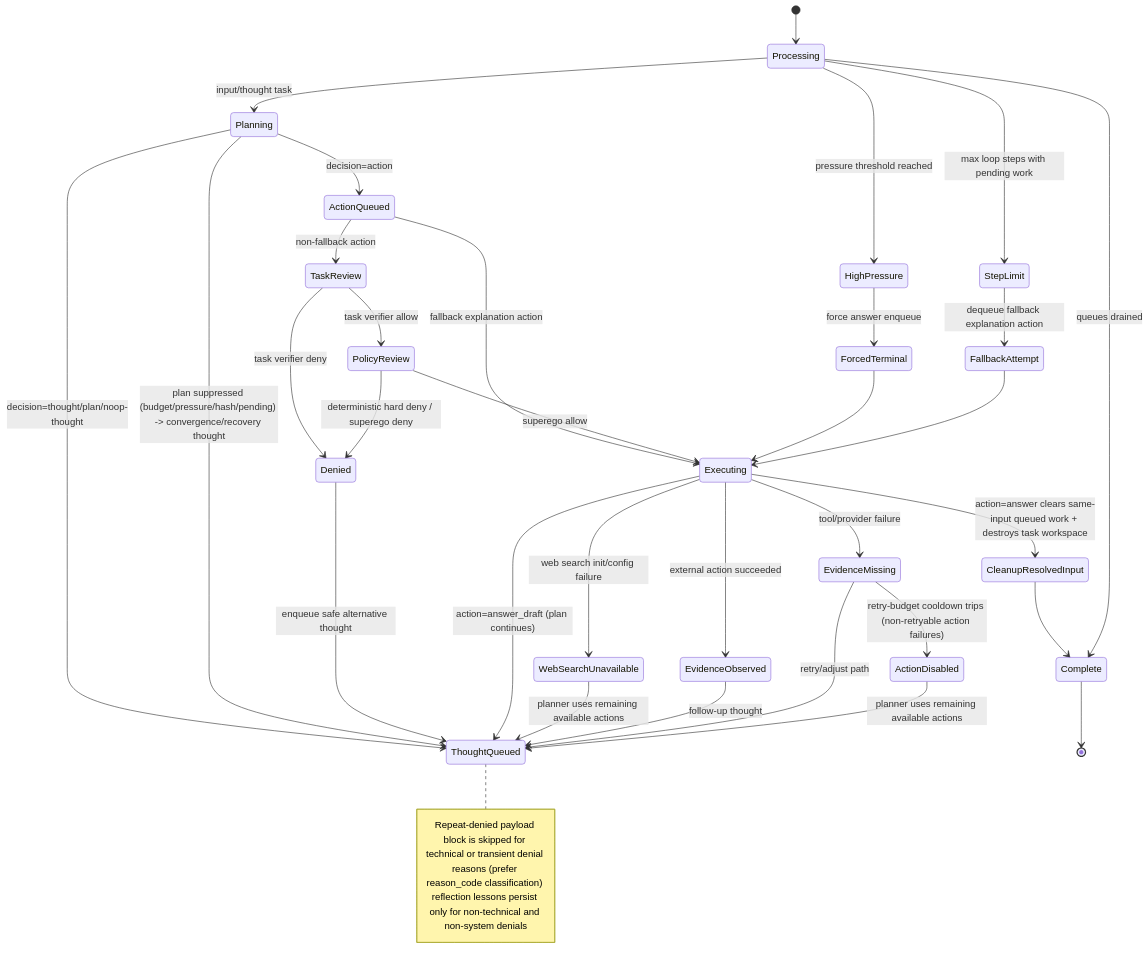
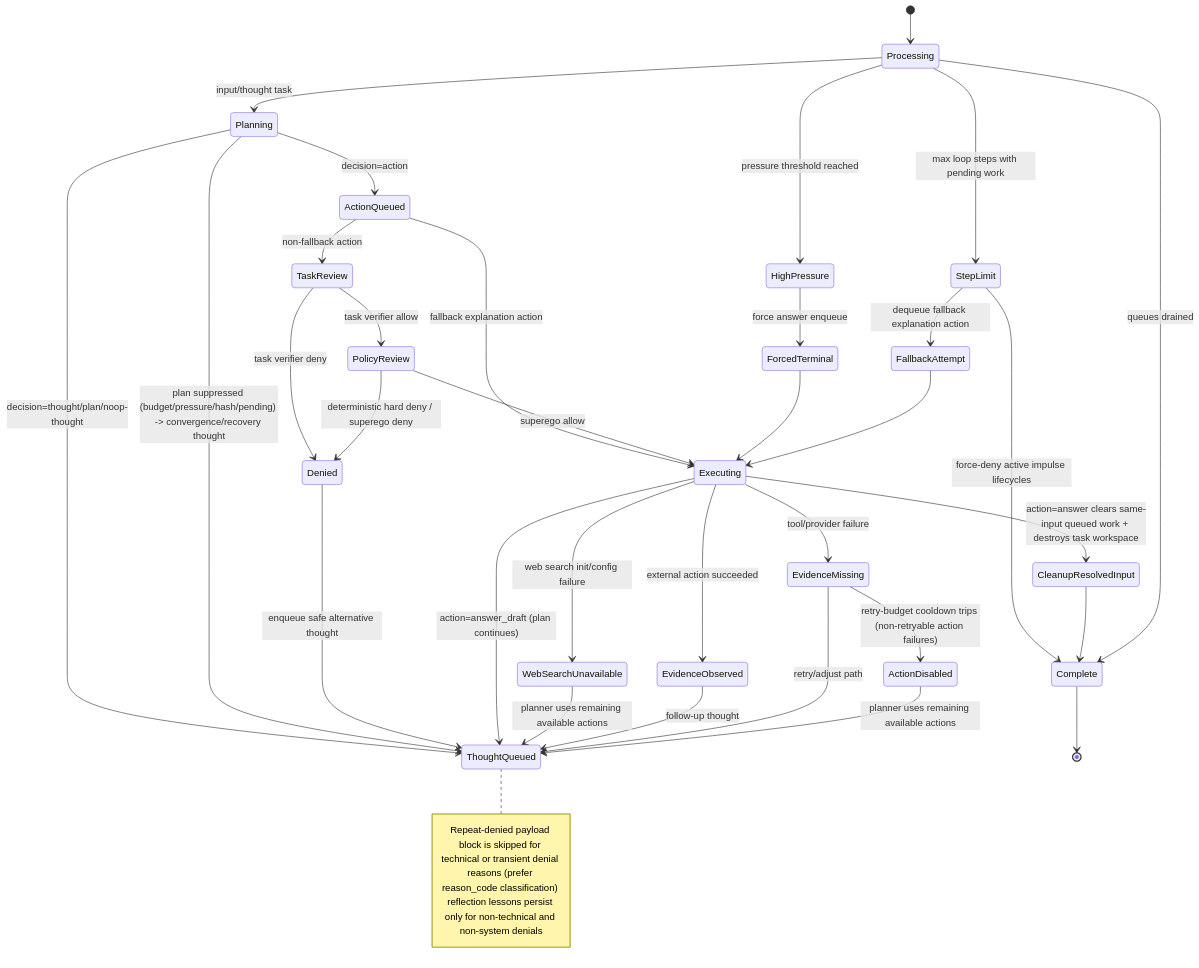
One commit to neopsyke/NeoPsyke changed the fifth of 6 diagrams in AGENT_LOGIC_DIAGRAM.md. Above: the diagram before and after it, drawn with Mermaid. The commit also changed other lines of this file and 13 other files, not shown here.

````diff
--- a/AGENT_LOGIC_DIAGRAM.md
+++ b/AGENT_LOGIC_DIAGRAM.md
@@ -209,42 +216,43 @@
 ```mermaid
 stateDiagram-v2
     [*] --> Processing
 
     Processing --> Planning: input/thought task
     Planning --> ActionQueued: decision=action
     Planning --> ThoughtQueued: decision=thought/plan/noop-thought
     Planning --> ThoughtQueued: plan suppressed (budget/pressure/hash/pending) -> convergence/recovery thought
 
     ActionQueued --> TaskReview: non-fallback action
     ActionQueued --> Executing: fallback explanation action
     TaskReview --> Denied: task verifier deny
 
     TaskReview --> PolicyReview: task verifier allow
     PolicyReview --> Denied: deterministic hard deny / superego deny
     Denied --> ThoughtQueued: enqueue safe alternative thought
     Note right of ThoughtQueued: Repeat-denied payload block is skipped for technical or transient denial reasons (prefer reason_code classification) reflection lessons persist only for non-technical and non-system denials
 
     PolicyReview --> Executing: superego allow
     Executing --> ThoughtQueued: action=answer_draft (plan continues)
     Executing --> EvidenceObserved: external action succeeded
     Executing --> EvidenceMissing: tool/provider failure
     Executing --> WebSearchUnavailable: web search init/config failure
     WebSearchUnavailable --> ThoughtQueued: planner uses remaining available actions
     EvidenceObserved --> ThoughtQueued: follow-up thought
     EvidenceMissing --> ThoughtQueued: retry/adjust path
     EvidenceMissing --> ActionDisabled: retry-budget cooldown trips (non-retryable action failures)
     ActionDisabled --> ThoughtQueued: planner uses remaining available actions
 
     Processing --> HighPressure: pressure threshold reached
     HighPressure --> ForcedTerminal: force answer enqueue
     ForcedTerminal --> Executing
 
     Processing --> StepLimit: max loop steps with pending work
     StepLimit --> FallbackAttempt: dequeue fallback explanation action
+    StepLimit --> Complete: force-deny active impulse lifecycles
     FallbackAttempt --> Executing
 
     Executing --> CleanupResolvedInput: action=answer clears same-input queued work + destroys task workspace
     CleanupResolvedInput --> Complete
     Processing --> Complete: queues drained
     Complete --> [*]
 ```
````
